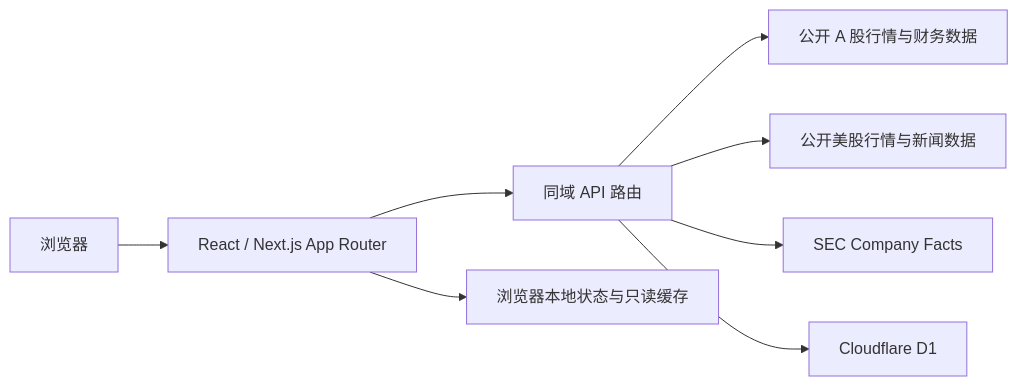
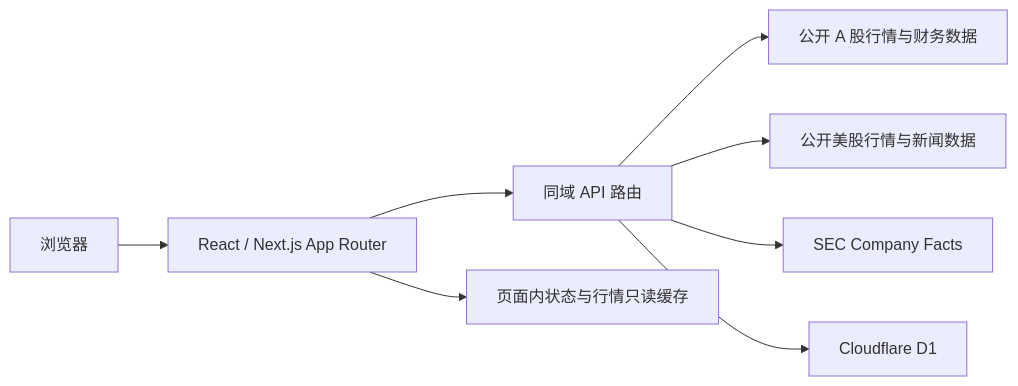
Before and after one commit to weipeng-srz/TransactionData: the diagram in README.md, drawn with Mermaid. The commit also changed other lines of this file and 127 other files, not shown here.

````diff
--- a/README.md
+++ b/README.md
@@ -132,10 +135,10 @@
 ```mermaid
 flowchart LR
     U[浏览器] --> UI[React / Next.js App Router]
     UI --> API[同域 API 路由]
     API --> CN[公开 A 股行情与财务数据]
     API --> US[公开美股行情与新闻数据]
     API --> SEC[SEC Company Facts]
     API --> D1[Cloudflare D1]
-    UI --> LOCAL[浏览器本地状态与只读缓存]
+    UI --> LOCAL[页面内状态与行情只读缓存]
 ```
````
